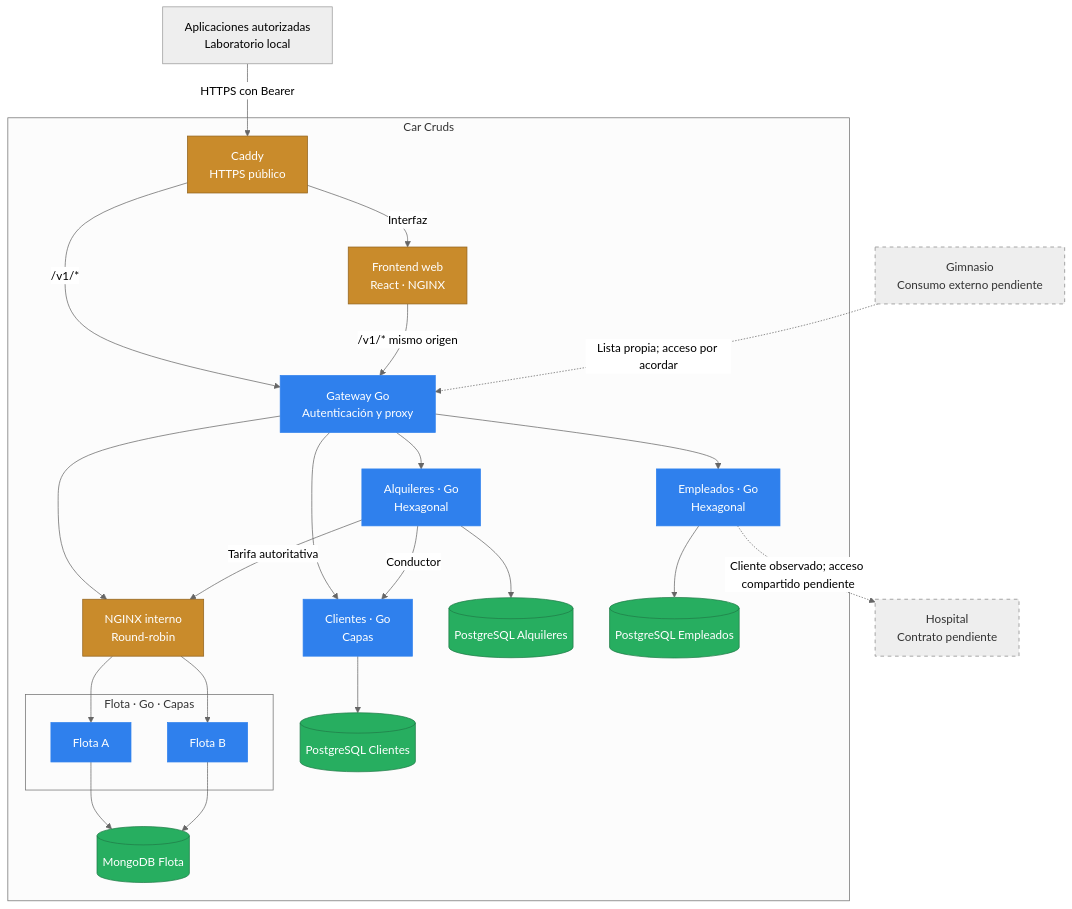
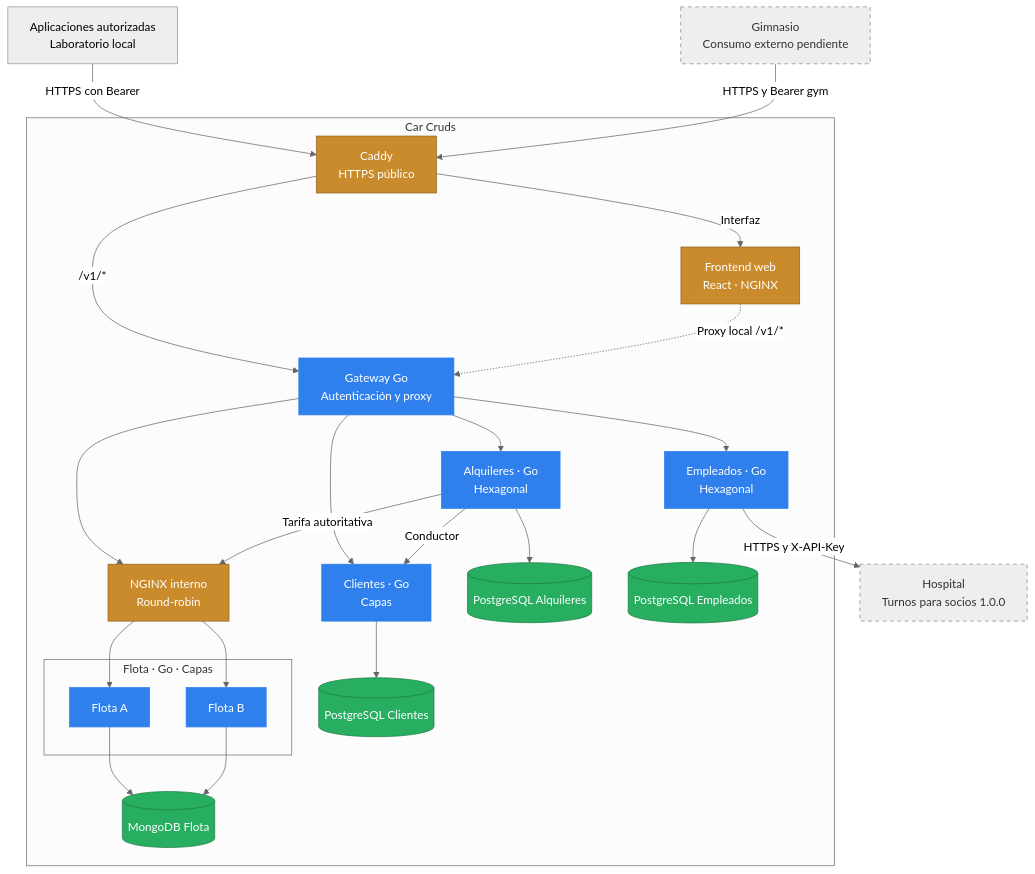
Before and after one commit to Gerpeirone/Car-Cruds: the second of 5 diagrams in docs/ARCHITECTURE.md, drawn with Mermaid (neutral theme). The commit also changed other lines of this file and 10 other files, not shown here.

````diff
--- a/docs/ARCHITECTURE.md
+++ b/docs/ARCHITECTURE.md
@@ -55,51 +54,51 @@
 ```mermaid
 flowchart TB
     User["Aplicaciones autorizadas<br/>Laboratorio local"]
     Gym["Gimnasio<br/>Consumo externo pendiente"]
-    Clinic["Hospital<br/>Contrato pendiente"]
+    Clinic["Hospital<br/>Turnos para socios 1.0.0"]
     subgraph System["Car Cruds"]
         Edge["Caddy<br/>HTTPS público"]
         Web["Frontend web<br/>React · NGINX"]
         GW["Gateway Go<br/>Autenticación y proxy"]
         Customers["Clientes · Go<br/>Capas"]
         Rentals["Alquileres · Go<br/>Hexagonal"]
         Employees["Empleados · Go<br/>Hexagonal"]
         LB["NGINX interno<br/>Round-robin"]
         subgraph Replicas["Flota · Go · Capas"]
             A["Flota A"]
             B["Flota B"]
         end
         CDB[("PostgreSQL Clientes")]
         RDB[("PostgreSQL Alquileres")]
         EDB[("PostgreSQL Empleados")]
         FDB[("MongoDB Flota")]
 
         Edge -->|"/v1/*"| GW
         Edge -->|"Interfaz"| Web
-        Web -->|"/v1/* mismo origen"| GW
+        Web -.->|"Proxy local /v1/*"| GW
         GW --> Customers
         GW --> Rentals
         GW --> Employees
         GW --> LB
         Rentals -->|"Conductor"| Customers
         Rentals -->|"Tarifa autoritativa"| LB
         LB --> A
         LB --> B
         Customers --> CDB
         Rentals --> RDB
         Employees --> EDB
         A --> FDB
         B --> FDB
     end
     User -->|"HTTPS con Bearer"| Edge
-    Gym -.->|"Lista propia; acceso por acordar"| GW
-    Employees -.->|"Cliente observado; acceso compartido pendiente"| Clinic
+    Gym -->|"HTTPS y Bearer gym"| Edge
+    Employees -->|"HTTPS y X-API-Key"| Clinic
     classDef app fill:#2f80ed,color:#fff,stroke:#2f80ed;
     classDef data fill:#27ae60,color:#fff,stroke:#207c48;
     classDef support fill:#c98b2b,color:#fff,stroke:#91631e;
     classDef pending fill:#eee,color:#333,stroke:#888,stroke-dasharray:5 5;
     class GW,Customers,Rentals,Employees,A,B app;
     class CDB,RDB,EDB,FDB data;
     class LB,Edge,Web support;
     class Gym,Clinic pending;
 ```
````
